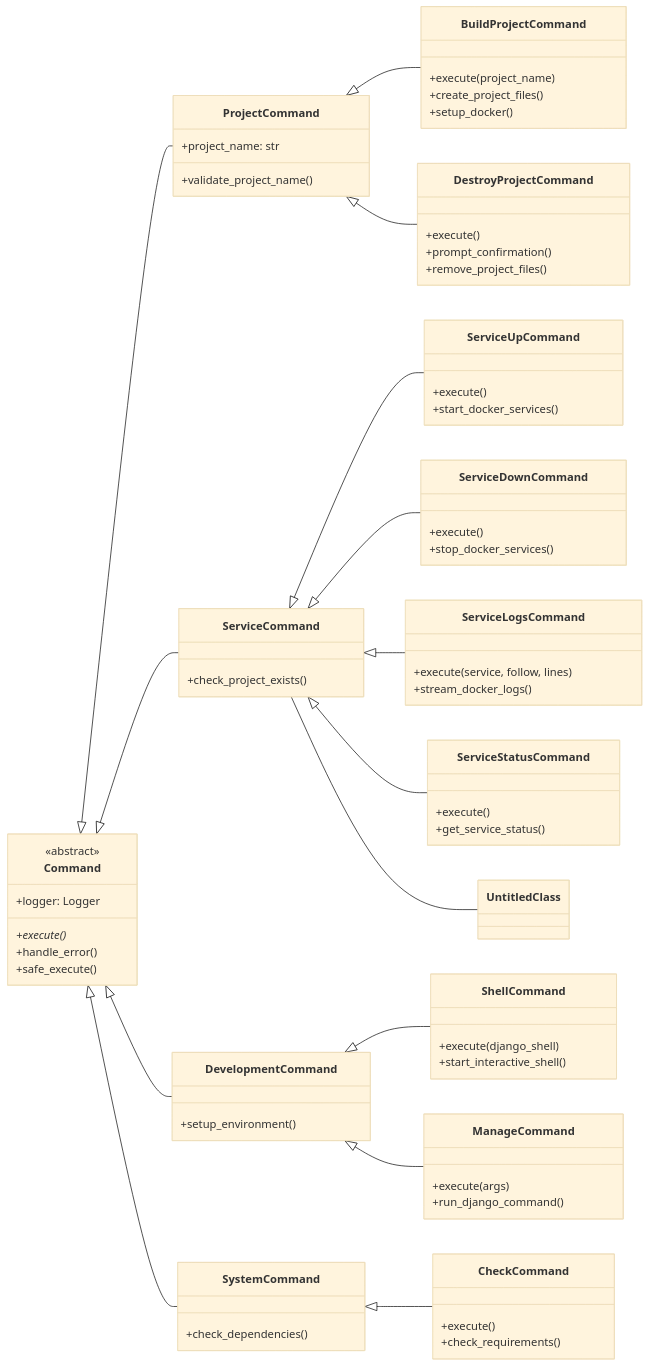
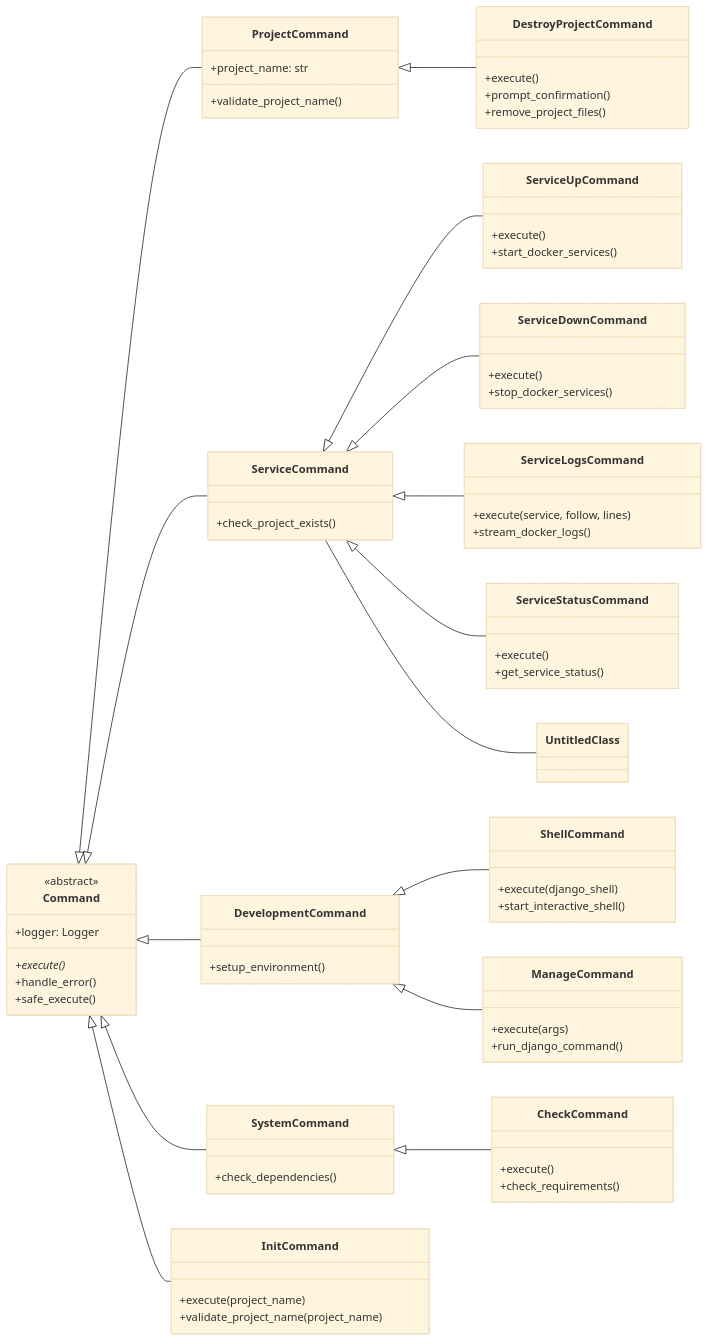
One commit to Experto-AI/quickscale changed the sixth of 7 diagrams in TECHNICAL_DOCS.md. Above: the diagram before and after it, drawn with Mermaid (base theme). The commit also changed other lines of this file and 104 other files, not shown here.

```diff
--- a/TECHNICAL_DOCS.md
+++ b/TECHNICAL_DOCS.md
@@ -402,10 +427,9 @@
     class SystemCommand {
 	    +check_dependencies()
     }
-    class BuildProjectCommand {
+    class InitCommand {
 	    +execute(project_name)
-	    +create_project_files()
-	    +setup_docker()
+	    +validate_project_name(project_name)
     }
     class DestroyProjectCommand {
 	    +execute()
@@ -449,7 +473,7 @@
     Command <|-- ServiceCommand
     Command <|-- DevelopmentCommand
     Command <|-- SystemCommand
-    ProjectCommand <|-- BuildProjectCommand
+    Command <|-- InitCommand
     ProjectCommand <|-- DestroyProjectCommand
     ServiceCommand <|-- ServiceUpCommand
     ServiceCommand <|-- ServiceDownCommand
```
